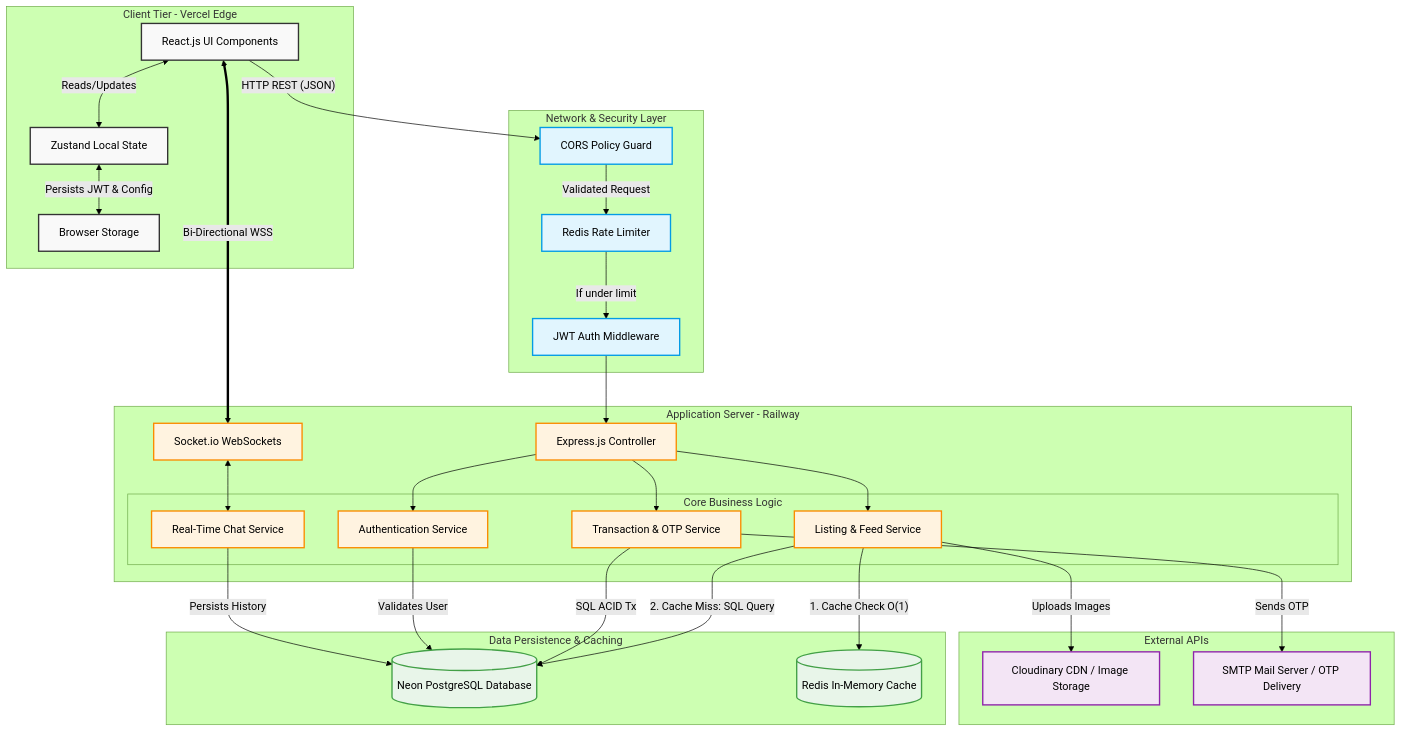
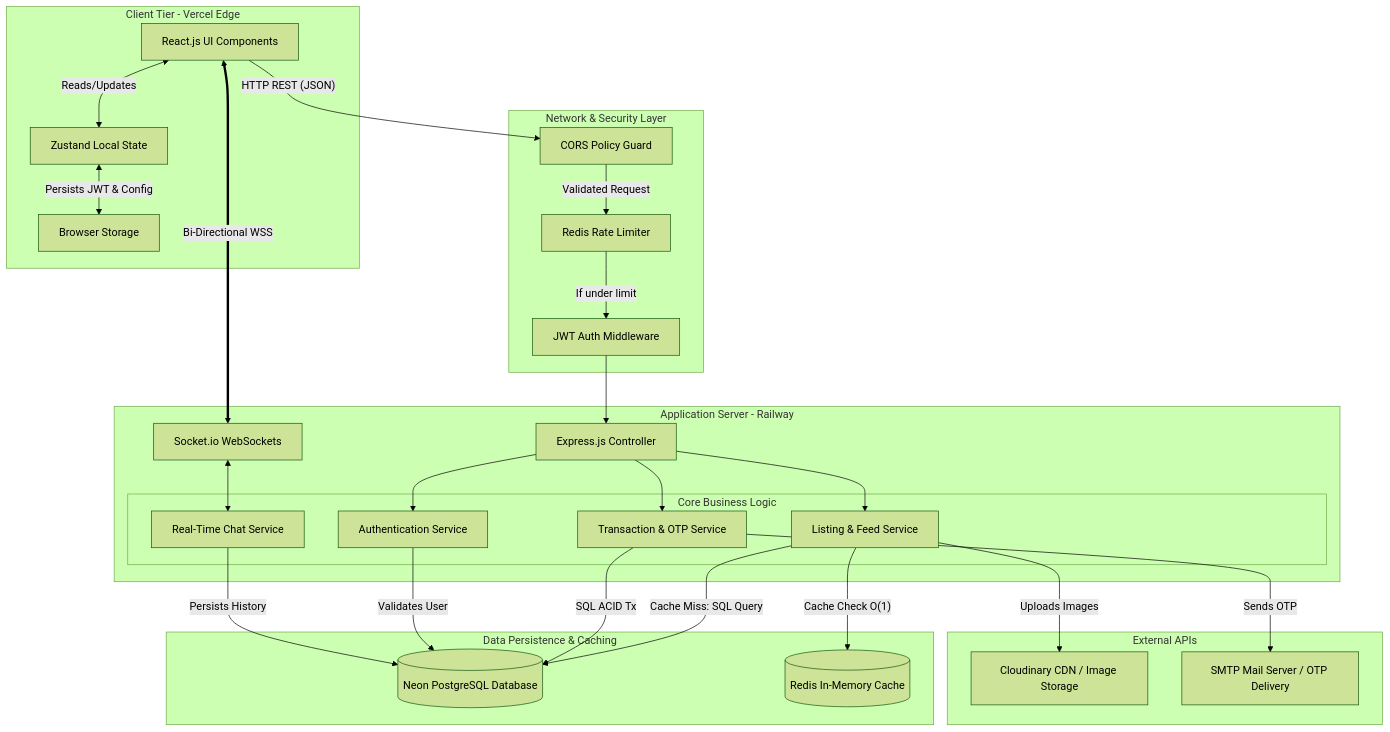
Before and after one commit to ritam03/campus-marketplace: the diagram in README.md, drawn with Mermaid (forest theme).

Commit message:
docs: Remove hardcoded Mermaid color styling to fix GitHub dark mode contrast

````diff
--- a/README.md
+++ b/README.md
@@ -45,81 +45,74 @@
 ```mermaid
 graph TD
-    %% Styling
-    classDef client fill:#f9f9f9,stroke:#333,stroke-width:2px;
-    classDef network fill:#e1f5fe,stroke:#039be5,stroke-width:2px;
-    classDef api fill:#fff3e0,stroke:#fb8c00,stroke-width:2px;
-    classDef db fill:#e8f5e9,stroke:#43a047,stroke-width:2px;
-    classDef external fill:#f3e5f5,stroke:#8e24aa,stroke-width:2px;
-
     %% Client Tier
     subgraph Client_Tier [Client Tier - Vercel Edge]
-        ReactUI[React.js UI Components]:::client
-        Zustand[Zustand Local State]:::client
-        LocalStorage[Browser Storage]:::client
+        ReactUI[React.js UI Components]
+        Zustand[Zustand Local State]
+        LocalStorage[Browser Storage]
         ReactUI <-->|Reads/Updates| Zustand
         Zustand <-->|Persists JWT & Config| LocalStorage
     end
 
     %% Edge / Network Security Tier
     subgraph Edge_Security [Network & Security Layer]
-        CORS[CORS Policy Guard]:::network
-        RateLimit[Redis Rate Limiter]:::network
-        AuthGuard[JWT Auth Middleware]:::network
+        CORS[CORS Policy Guard]
+        RateLimit[Redis Rate Limiter]
+        AuthGuard[JWT Auth Middleware]
         
         CORS -->|Validated Request| RateLimit
         RateLimit -->|If under limit| AuthGuard
     end
 
     %% Application Server Tier
     subgraph App_Tier [Application Server - Railway]
-        Express[Express.js Controller]:::api
-        Sockets[Socket.io WebSockets]:::api
+        Express[Express.js Controller]
+        Sockets[Socket.io WebSockets]
         
         %% Core Services
         subgraph Services [Core Business Logic]
-            AuthService[Authentication Service]:::api
-            ListingService[Listing & Feed Service]:::api
-            ChatService[Real-Time Chat Service]:::api
-            TransService[Transaction & OTP Service]:::api
+            AuthService[Authentication Service]
+            ListingService[Listing & Feed Service]
+            ChatService[Real-Time Chat Service]
+            TransService[Transaction & OTP Service]
         end
         
         Express --> AuthService
         Express --> ListingService
         Express --> TransService
         Sockets <--> ChatService
     end
 
     %% Data & Infrastructure Tier
     subgraph Storage_Tier [Data Persistence & Caching]
-        NeonDB[(Neon PostgreSQL Database)]:::db
-        Redis[(Redis In-Memory Cache)]:::db
+        NeonDB[(Neon PostgreSQL Database)]
+        Redis[(Redis In-Memory Cache)]
     end
 
     %% External Integrations
     subgraph Third_Party [External APIs]
-        Cloudinary[Cloudinary CDN / Image Storage]:::external
-        Nodemailer[SMTP Mail Server / OTP Delivery]:::external
+        Cloudinary[Cloudinary CDN / Image Storage]
+        Nodemailer[SMTP Mail Server / OTP Delivery]
     end
 
     %% Connecting the Tiers
     ReactUI -- "HTTP REST (JSON)" --> CORS
     ReactUI <== "Bi-Directional WSS" ==> Sockets
 
     %% Internal Data Flow
     AuthGuard --> Express
 
     %% Listing & Feed Flow
-    ListingService -- "1. Cache Check O(1)" --> Redis
-    ListingService -- "2. Cache Miss: SQL Query" --> NeonDB
+    ListingService -- "Cache Check O(1)" --> Redis
+    ListingService -- "Cache Miss: SQL Query" --> NeonDB
     ListingService -- "Uploads Images" --> Cloudinary
     
     %% Transaction Flow
     TransService -- "SQL ACID Tx" --> NeonDB
     TransService -- "Sends OTP" --> Nodemailer
     
     %% Auth Flow
     AuthService -- "Validates User" --> NeonDB
     
     %% Chat Flow
     ChatService -- "Persists History" --> NeonDB
 ```
````
